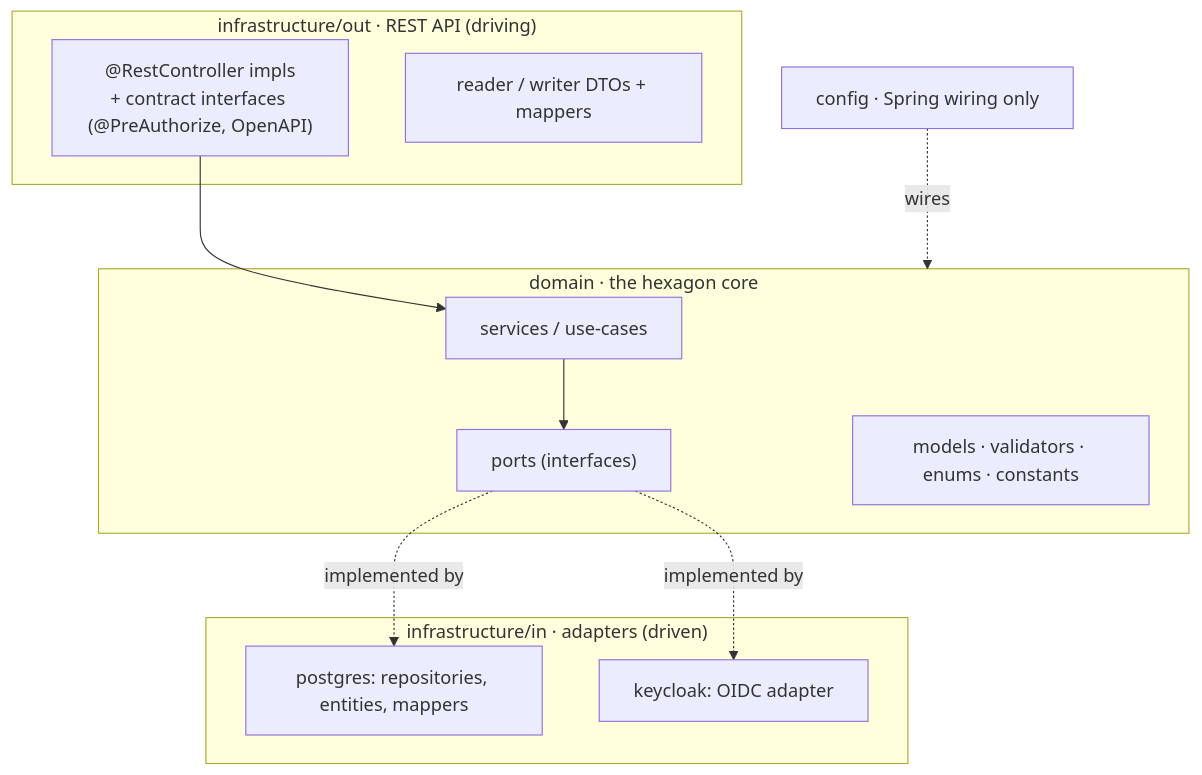
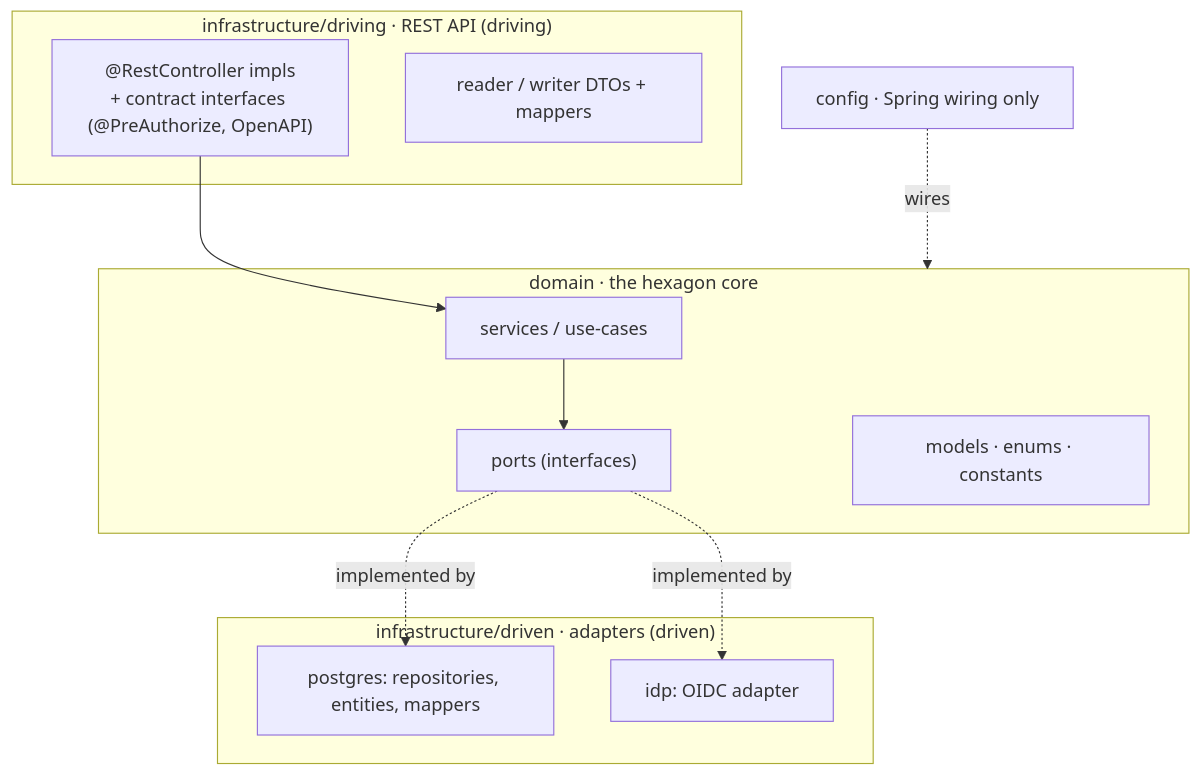
One commit to laucoin/Documentations changed the first of 2 diagrams in documentation/registry/technical/architecture.md. Above: the diagram before and after it, drawn with Mermaid. The commit also changed other lines of this file and 52 other files, not shown here.

````diff
--- a/documentation/registry/technical/architecture.md
+++ b/documentation/registry/technical/architecture.md
@@ -9,23 +14,23 @@
 ```mermaid
 flowchart TB
-    subgraph out["infrastructure/out · REST API (driving)"]
+    subgraph driving["infrastructure/driving · REST API (driving)"]
       CTRL["@RestController impls<br/>+ contract interfaces (@PreAuthorize, OpenAPI)"]
       RDTO["reader / writer DTOs + mappers"]
     end
     subgraph domain["domain · the hexagon core"]
       SVC["services / use-cases"]
       PORT["ports (interfaces)"]
-      MODEL["models · validators · enums · constants"]
+      MODEL["models · enums · constants"]
     end
-    subgraph in["infrastructure/in · adapters (driven)"]
+    subgraph driven["infrastructure/driven · adapters (driven)"]
       PG["postgres: repositories, entities, mappers"]
-      KC["keycloak: OIDC adapter"]
+      KC["idp: OIDC adapter"]
     end
     CFG["config · Spring wiring only"]
 
     CTRL --> SVC
     SVC --> PORT
     PORT -. implemented by .-> PG
     PORT -. implemented by .-> KC
     CFG -.wires.-> domain
 ```
````
